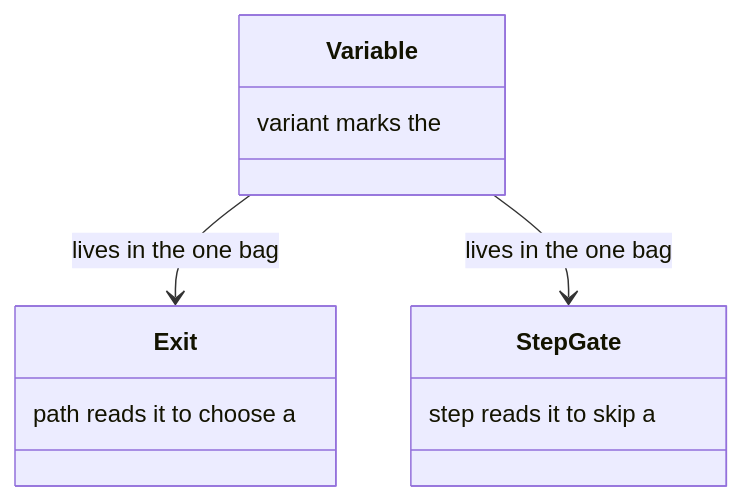
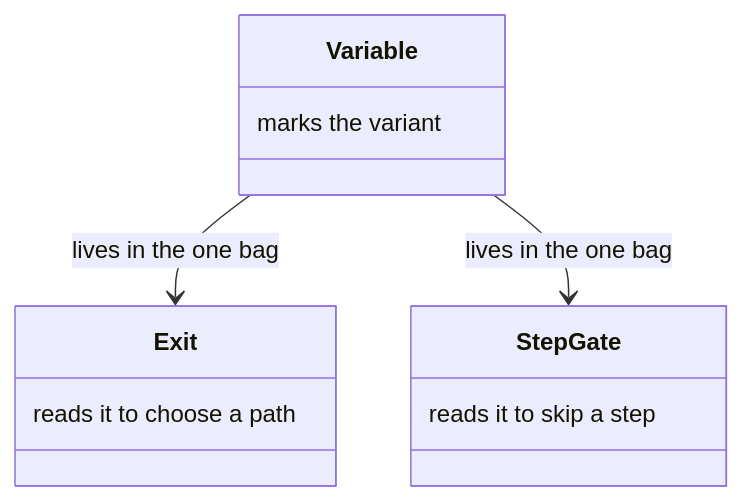
Diagram 26 of 36 in docs/state.md (m2ux/workflow-server), drawn with Mermaid before and after one commit. The commit also changed other lines of this file and 10 other files, not shown here.

Commit message:
Write each class-box note in reading order so the diagram shows the phrase as written.

````diff
--- a/docs/state.md
+++ b/docs/state.md
@@ -458,14 +458,14 @@
 ```mermaid
 classDiagram
   class Variable {
-    variant marks the
+    marks the variant
   }
   class Exit {
-    path reads it to choose a
+    reads it to choose a path
   }
   class StepGate {
-    step reads it to skip a
+    reads it to skip a step
   }
   Variable --> Exit : lives in the one bag
   Variable --> StepGate : lives in the one bag
 ```
````
